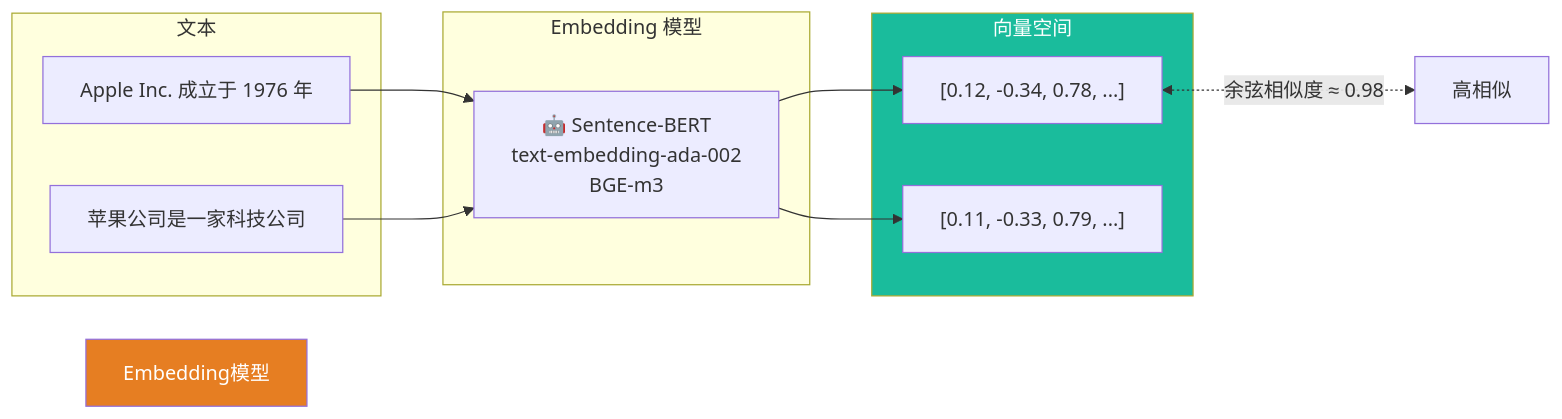
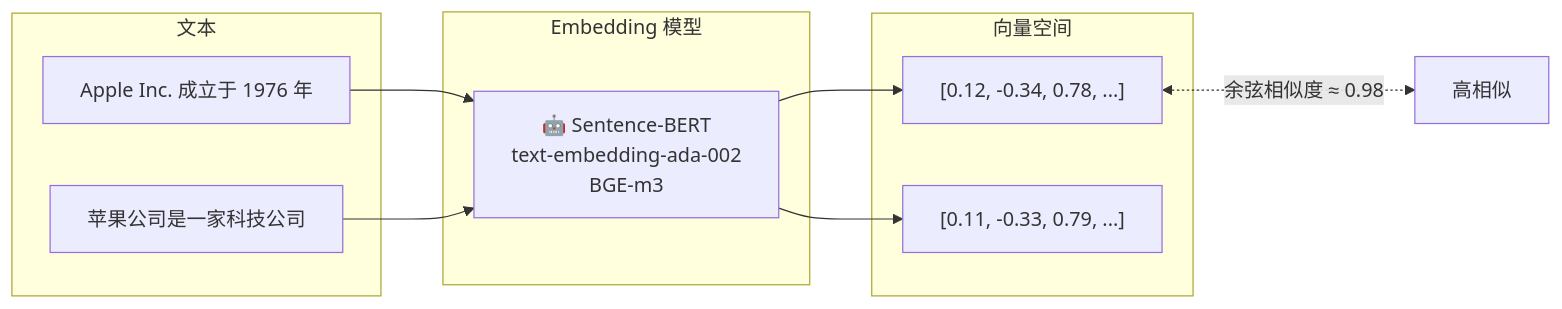
One commit to dd-xiaozhi/study-notes changed the sixth of 16 diagrams in ai-agent/rag/01_basics.md. Above: the diagram before and after it, drawn with Mermaid. The commit also changed other lines of this file and 19 other files, not shown here.

````diff
--- a/ai-agent/rag/01_basics.md
+++ b/ai-agent/rag/01_basics.md
@@ -435,24 +432,21 @@
 ```mermaid
 flowchart LR
     subgraph "文本"
         T1["Apple Inc. 成立于 1976 年"]
         T2["苹果公司是一家科技公司"]
     end
 
     subgraph "Embedding 模型"
         EM[🤖 Sentence-BERT<br/>text-embedding-ada-002<br/>BGE-m3]
     end
 
     subgraph "向量空间"
         V1["[0.12, -0.34, 0.78, ...]"]
         V2["[0.11, -0.33, 0.79, ...]"]
     end
 
     T1 --> EM --> V1
     T2 --> EM --> V2
 
     V1 <-.->|"余弦相似度 ≈ 0.98"| SIM[高相似]
-
-    style Embedding模型 fill:#e67e22,color:#fff
-    style 向量空间 fill:#1abc9c,color:#fff
 ```
````
